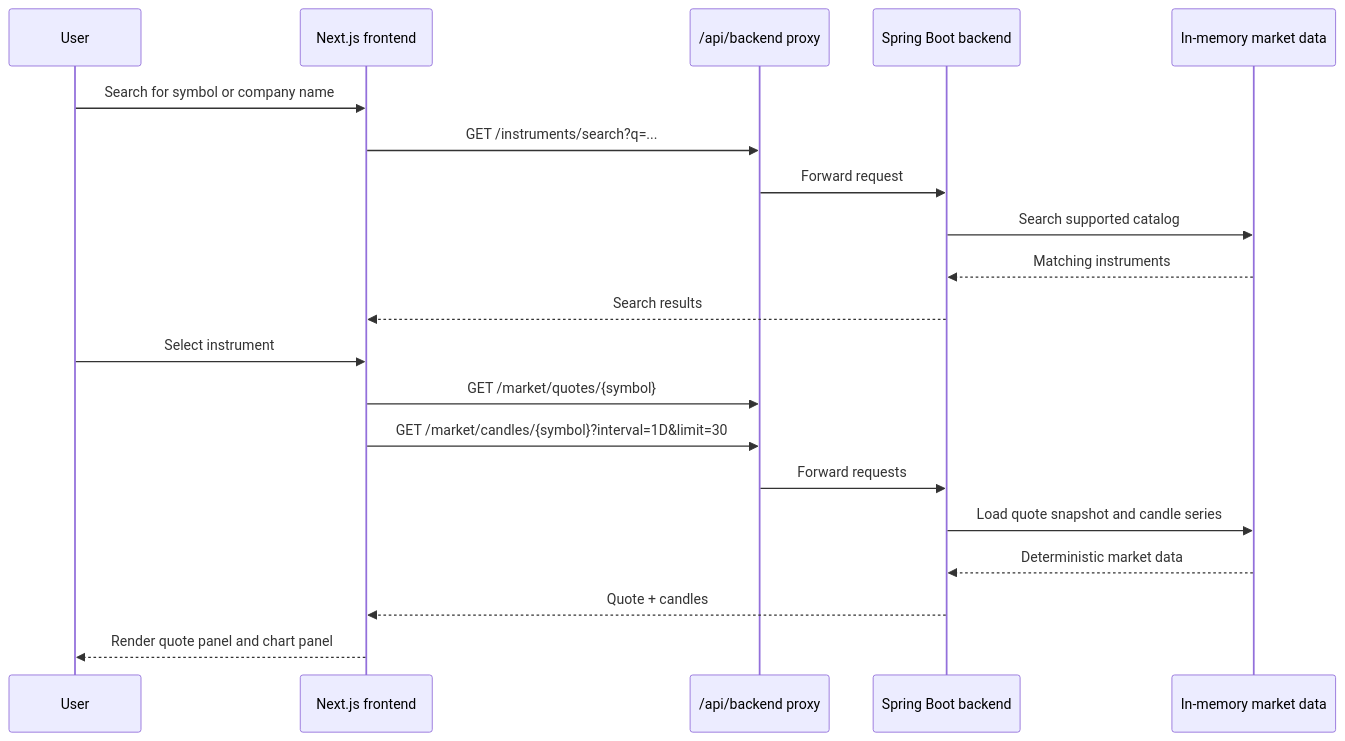
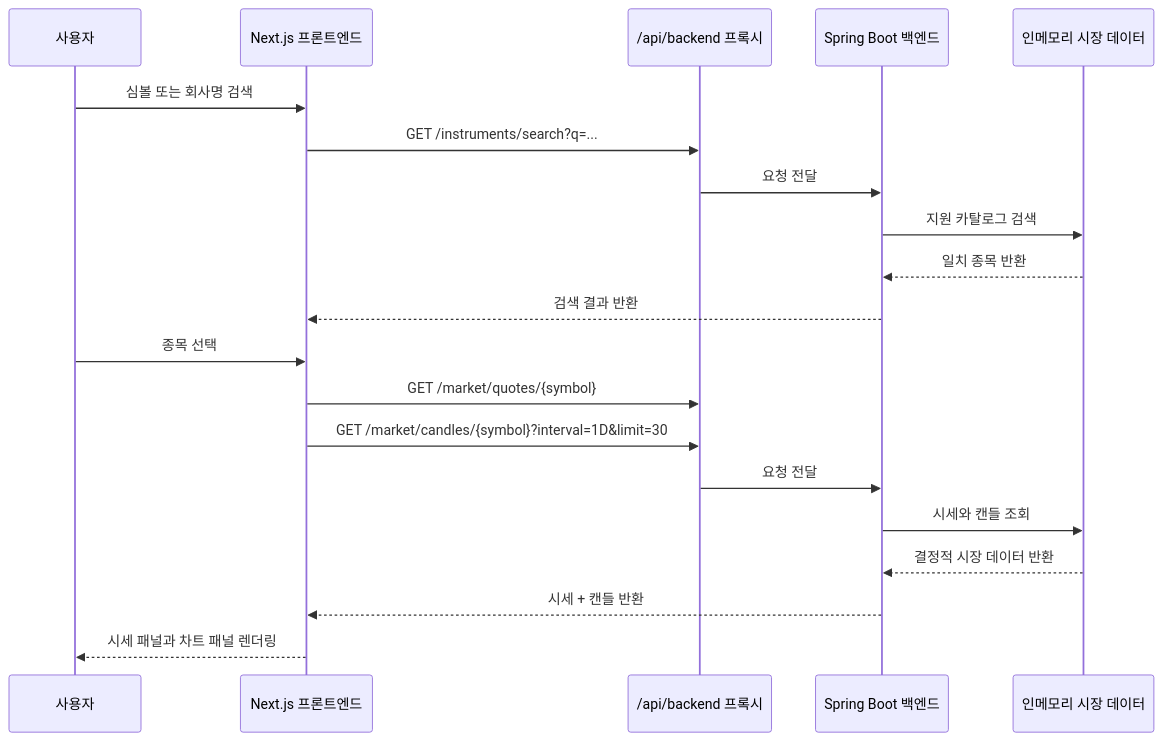
Before and after one commit to Bonchang/qerp3: the second of 4 diagrams in docs/runtime-lifecycle.md, drawn with Mermaid. The commit also changed other lines of this file and 5 other files, not shown here.

````diff
--- a/docs/runtime-lifecycle.md
+++ b/docs/runtime-lifecycle.md
@@ -46,24 +46,24 @@
 ```mermaid
 sequenceDiagram
-    participant User
-    participant Frontend as Next.js frontend
-    participant Proxy as /api/backend proxy
-    participant Backend as Spring Boot backend
-    participant Market as In-memory market data
+    participant User as 사용자
+    participant Frontend as Next.js 프론트엔드
+    participant Proxy as /api/backend 프록시
+    participant Backend as Spring Boot 백엔드
+    participant Market as 인메모리 시장 데이터
 
-    User->>Frontend: Search for symbol or company name
+    User->>Frontend: 심볼 또는 회사명 검색
     Frontend->>Proxy: GET /instruments/search?q=...
-    Proxy->>Backend: Forward request
-    Backend->>Market: Search supported catalog
-    Market-->>Backend: Matching instruments
-    Backend-->>Frontend: Search results
+    Proxy->>Backend: 요청 전달
+    Backend->>Market: 지원 카탈로그 검색
+    Market-->>Backend: 일치 종목 반환
+    Backend-->>Frontend: 검색 결과 반환
 
-    User->>Frontend: Select instrument
+    User->>Frontend: 종목 선택
     Frontend->>Proxy: GET /market/quotes/{symbol}
     Frontend->>Proxy: GET /market/candles/{symbol}?interval=1D&limit=30
-    Proxy->>Backend: Forward requests
-    Backend->>Market: Load quote snapshot and candle series
-    Market-->>Backend: Deterministic market data
-    Backend-->>Frontend: Quote + candles
-    Frontend-->>User: Render quote panel and chart panel
+    Proxy->>Backend: 요청 전달
+    Backend->>Market: 시세와 캔들 조회
+    Market-->>Backend: 결정적 시장 데이터 반환
+    Backend-->>Frontend: 시세 + 캔들 반환
+    Frontend-->>User: 시세 패널과 차트 패널 렌더링
 ```
````
